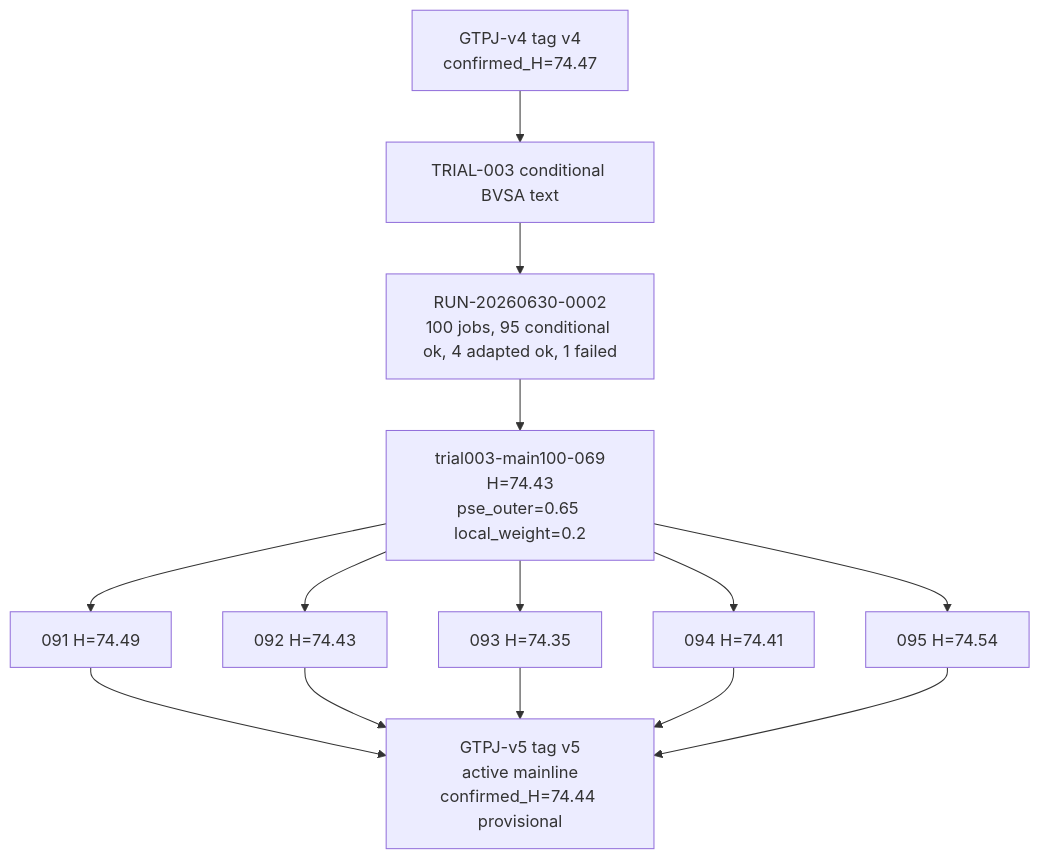
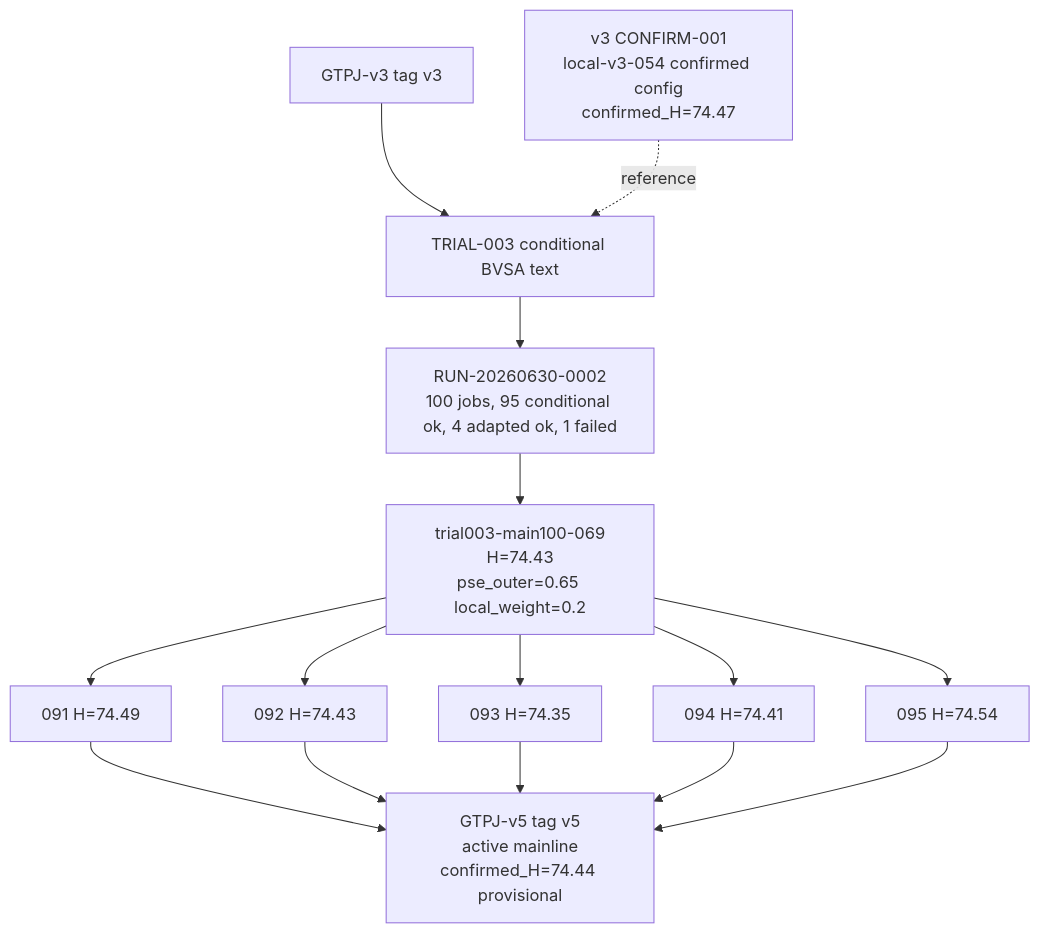
Before and after one commit to GetlotMoney/GTPJ: the diagram in experiments/v5/VERSION.md, drawn with Mermaid. The commit also changed other lines of this file and 46 other files, not shown here.

````diff
--- a/experiments/v5/VERSION.md
+++ b/experiments/v5/VERSION.md
@@ -86,16 +87,17 @@
 ```mermaid
 flowchart TD
-  V4["GTPJ-v4 tag v4<br/>confirmed_H=74.47"] --> Trial["TRIAL-003 conditional BVSA text"]
+  V3["GTPJ-v3 tag v3"] --> Trial["TRIAL-003 conditional BVSA text"]
+  C1["v3 CONFIRM-001<br/>local-v3-054 confirmed config<br/>confirmed_H=74.47"] -. reference .-> Trial
   Trial --> Batch["RUN-20260630-0002<br/>100 jobs, 95 conditional ok, 4 adapted ok, 1 failed"]
   Batch --> Source["trial003-main100-069<br/>H=74.43<br/>pse_outer=0.65 local_weight=0.2"]
   Source --> R91["091 H=74.49"]
   Source --> R92["092 H=74.43"]
   Source --> R93["093 H=74.35"]
   Source --> R94["094 H=74.41"]
   Source --> R95["095 H=74.54"]
   R91 --> V5["GTPJ-v5 tag v5<br/>active mainline<br/>confirmed_H=74.44 provisional"]
   R92 --> V5
   R93 --> V5
   R94 --> V5
   R95 --> V5
 ```
````
